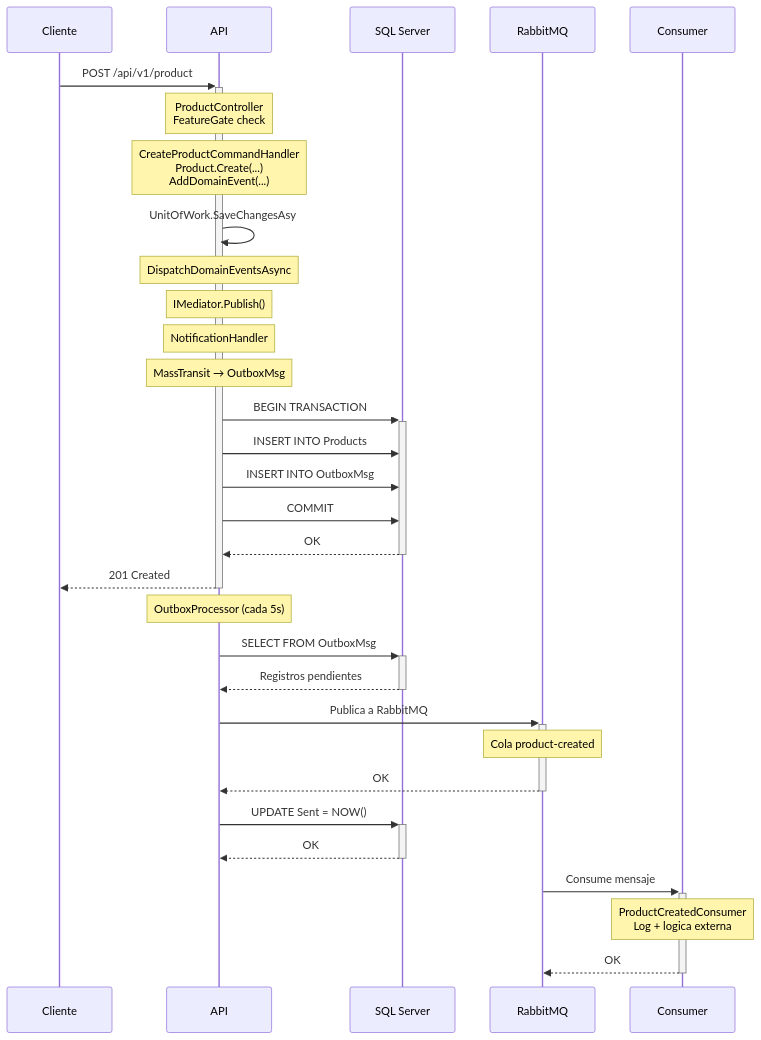
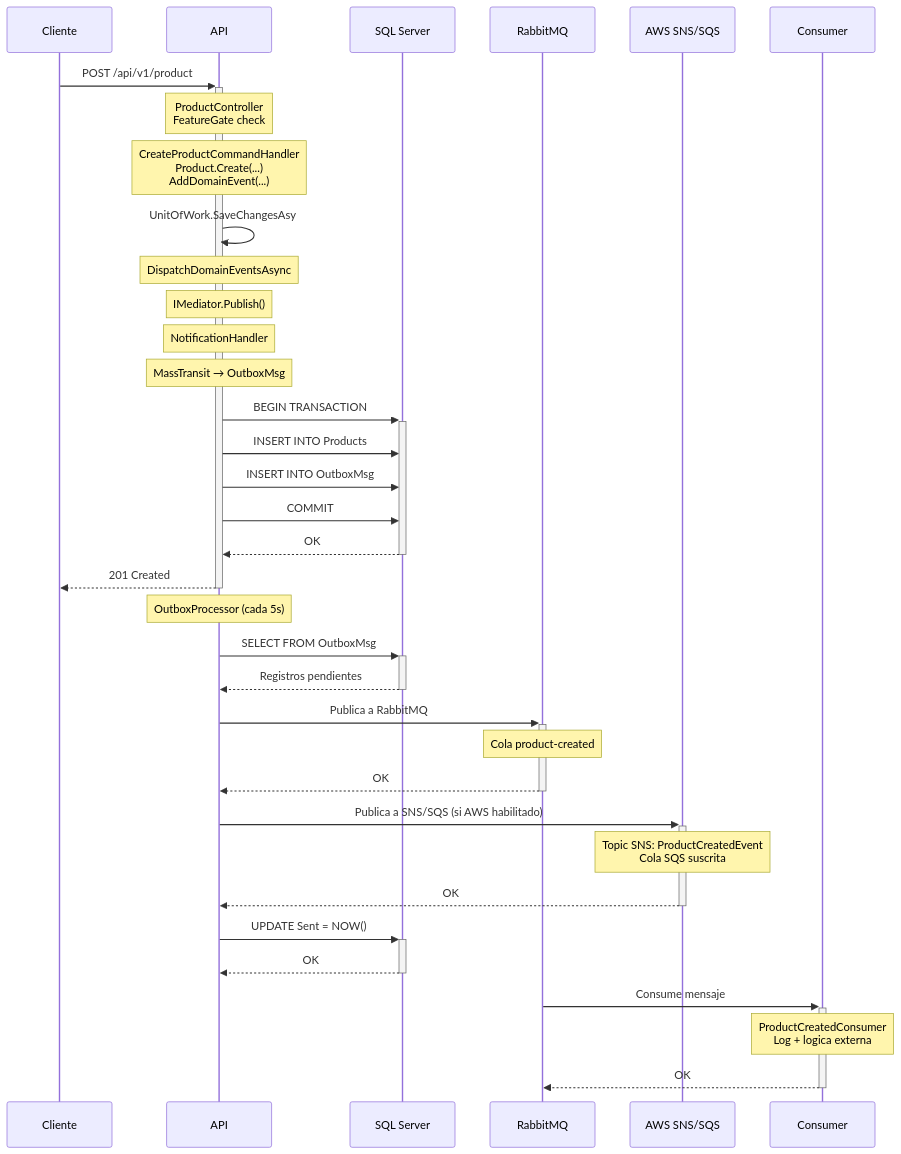
One commit to AcoranGonzalezMoray/SoftwareLearningGuide changed the seventh of 7 diagrams in docs/README.md. Above: the diagram before and after it, drawn with Mermaid. The commit also changed other lines of this file and 6 other files, not shown here.

Commit message:
📖: updated diagrams

````diff
--- a/docs/README.md
+++ b/docs/README.md
@@ -603,41 +610,46 @@
 ```mermaid
 sequenceDiagram
     participant C as Cliente
     participant API as API
     participant SQL as SQL Server
     participant RMQ as RabbitMQ
+    participant AWS as AWS SNS/SQS
     participant CON as Consumer
     
     C->>+API: POST /api/v1/product
     Note over API: ProductController<br/>FeatureGate check
     Note over API: CreateProductCommandHandler<br/>Product.Create(...)<br/>AddDomainEvent(...)
     
     API->>API: UnitOfWork.SaveChangesAsy
     Note over API: DispatchDomainEventsAsync
     Note over API: IMediator.Publish()
     Note over API: NotificationHandler
     Note over API: MassTransit → OutboxMsg
     
     API->>+SQL: BEGIN TRANSACTION
     API->>SQL: INSERT INTO Products
     API->>SQL: INSERT INTO OutboxMsg
     API->>SQL: COMMIT
     SQL-->>-API: OK
     
     API-->>-C: 201 Created
     
     Note over API: OutboxProcessor (cada 5s)
     API->>+SQL: SELECT FROM OutboxMsg
     SQL-->>-API: Registros pendientes
     
     API->>+RMQ: Publica a RabbitMQ
     Note over RMQ: Cola product-created
     RMQ-->>-API: OK
     
+    API->>+AWS: Publica a SNS/SQS (si AWS habilitado)
+    Note over AWS: Topic SNS: ProductCreatedEvent<br/>Cola SQS suscrita
+    AWS-->>-API: OK
+    
     API->>+SQL: UPDATE Sent = NOW()
     SQL-->>-API: OK
     
     RMQ->>+CON: Consume mensaje
     Note over CON: ProductCreatedConsumer<br/>Log + logica externa
     CON-->>-RMQ: OK
 ```
````
